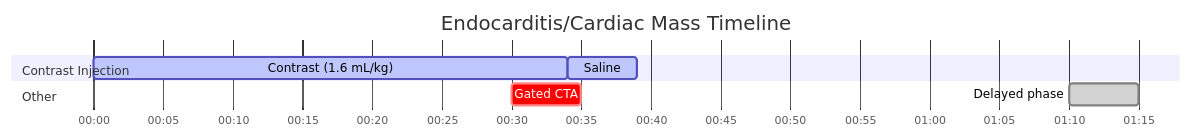
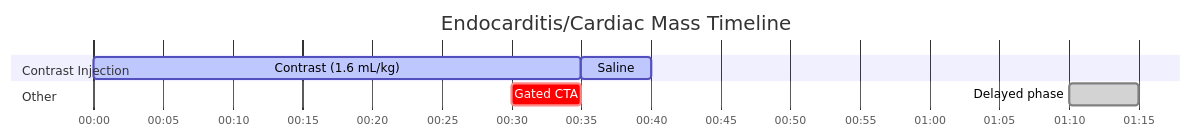
Before and after one commit to dfergs93/radiology-protocols: the diagram in docs/ct/cardiac/endocarditiscardiac-mass.md, drawn with Mermaid. The commit also changed other lines of this file and 26 other files, not shown here.

````diff
--- a/docs/ct/cardiac/endocarditiscardiac-mass.md
+++ b/docs/ct/cardiac/endocarditiscardiac-mass.md
@@ -86,19 +87,19 @@
   ```mermaid
   ---
   displayMode: compact
   config:
     theme: default
     themeCSS: " #Saline{ fill: #4ed5ff; stroke: #2094f3; } "
   ---
     gantt
       title Endocarditis/Cardiac Mass Timeline
       dateFormat mm:ss
       axisFormat %M:%S 
       
       section Contrast Injection
-      Contrast (1.6 mL/kg)    :active, contrast, 00:00, 34s
+      Contrast (1.6 mL/kg)    :active, contrast, 00:00, 35s
       Saline          :active, saline, after contrast, 5s
       section Other
       Gated CTA    :crit, scan1, 00:30, 5s
       Delayed phase    :done, scan2, 01:10, 5s
   ```
````
